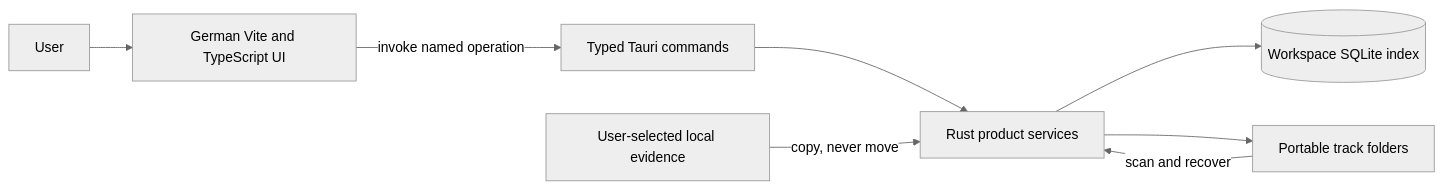
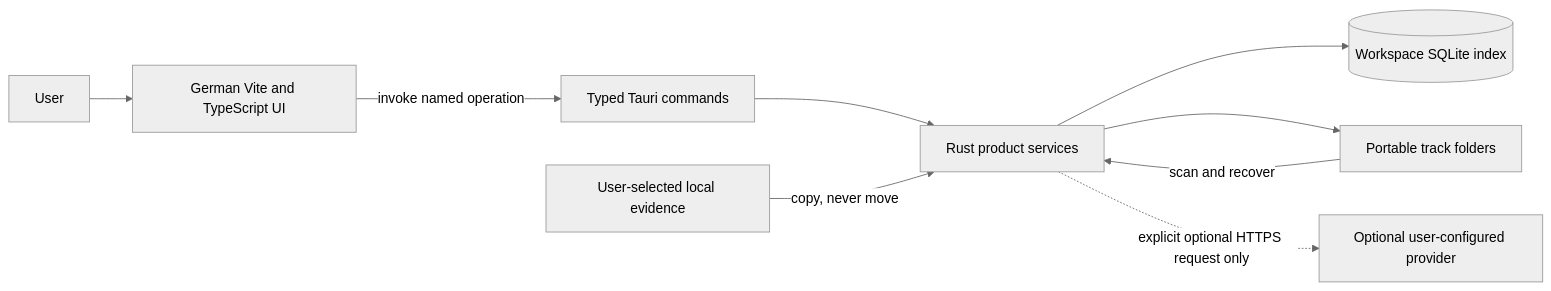
One commit to kleiveist/Suno-Documentation-Manager changed the first of 2 diagrams in docs/def/product-architecture.md. Above: the diagram before and after it, drawn with Mermaid (neutral theme). The commit also changed other lines of this file and 45 other files, not shown here.

````diff
--- a/docs/def/product-architecture.md
+++ b/docs/def/product-architecture.md
@@ -44,18 +44,20 @@
 ```mermaid
 flowchart LR
     User[User]
     Source[User-selected local evidence]
     UI[German Vite and TypeScript UI]
     Commands[Typed Tauri commands]
     Services[Rust product services]
     DB[(Workspace SQLite index)]
     Tracks[Portable track folders]
+    Provider[Optional user-configured provider]
 
     User --> UI
     UI -->|invoke named operation| Commands
     Commands --> Services
     Services --> DB
     Services --> Tracks
     Source -->|copy, never move| Services
     Tracks -->|scan and recover| Services
+    Services -.->|explicit optional HTTPS request only| Provider
 ```
````
